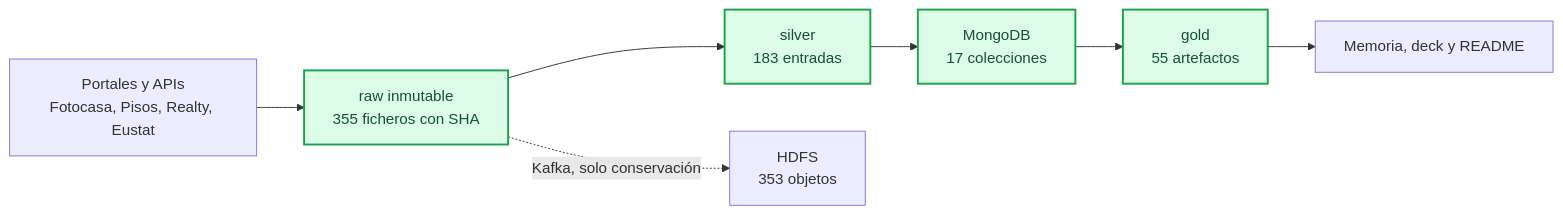
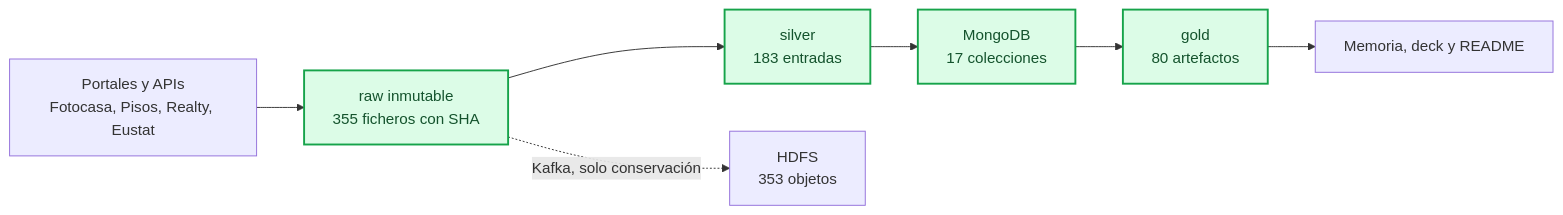
Before and after one commit to mikelrh-dev/bigdata-vivienda-euskadi: the first of 2 diagrams in README.md, drawn with Mermaid. The commit also changed other lines of this file and 2 other files, not shown here.

First line of the commit message:
docs(memoria): actualiza cifras de raw, silver y gold

````diff
--- a/README.md
+++ b/README.md
@@ -189,19 +189,19 @@
 ```mermaid
 flowchart LR
     accTitle: Recorrido de un anuncio hasta la cifra final
     accDescr: Un anuncio entra por scraping o API, se congela en raw, se normaliza en silver, se carga en MongoDB y termina en los artefactos del gold. La rama de HDFS conserva solo los originales.
 
     portal["Portales y APIs<br/>Fotocasa, Pisos, Realty, Eustat"]
     raw["raw inmutable<br/>355 ficheros con SHA"]
     silver["silver<br/>183 entradas"]
     mongo["MongoDB<br/>17 colecciones"]
-    gold["gold<br/>55 artefactos"]
+    gold["gold<br/>80 artefactos"]
     deck["Memoria, deck y README"]
     hdfs["HDFS<br/>353 objetos"]
 
     portal --> raw --> silver --> mongo --> gold --> deck
     raw -.->|"Kafka, solo conservación"| hdfs
 
     classDef capa fill:#dcfce7,stroke:#16a34a,stroke-width:2px,color:#14532d
     class raw,silver,mongo,gold capa
 ```
````
